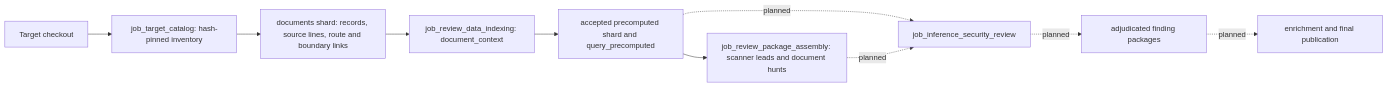
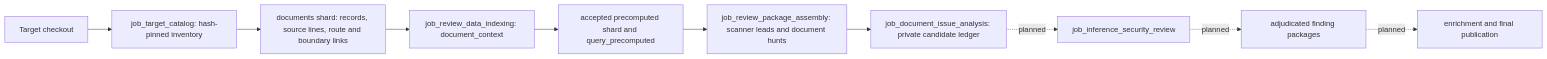
One commit to wsollers/appsec-review changed the diagram in docs/architecture/document-evidence-analysis.md. Above: the diagram before and after it, drawn with Mermaid. The commit also changed other lines of this file and 19 other files, not shown here.

Commit message:
Add verified document issue candidate ledger

````diff
--- a/docs/architecture/document-evidence-analysis.md
+++ b/docs/architecture/document-evidence-analysis.md
@@ -14,12 +14,12 @@
 ```mermaid
 flowchart LR
   T[Target checkout] --> C[job_target_catalog: hash-pinned inventory]
   C --> D[documents shard: records, source lines, route and boundary links]
   D --> A[job_review_data_indexing: document_context]
   A --> I[accepted precomputed shard and query_precomputed]
   I --> P[job_review_package_assembly: scanner leads and document hunts]
-  I -. planned .-> R[job_inference_security_review]
-  P -. planned .-> R
+  P --> M[job_document_issue_analysis: private candidate ledger]
+  M -. planned .-> R[job_inference_security_review]
   R -. planned .-> J[adjudicated finding packages]
   J -. planned .-> E[enrichment and final publication]
 ```
````
